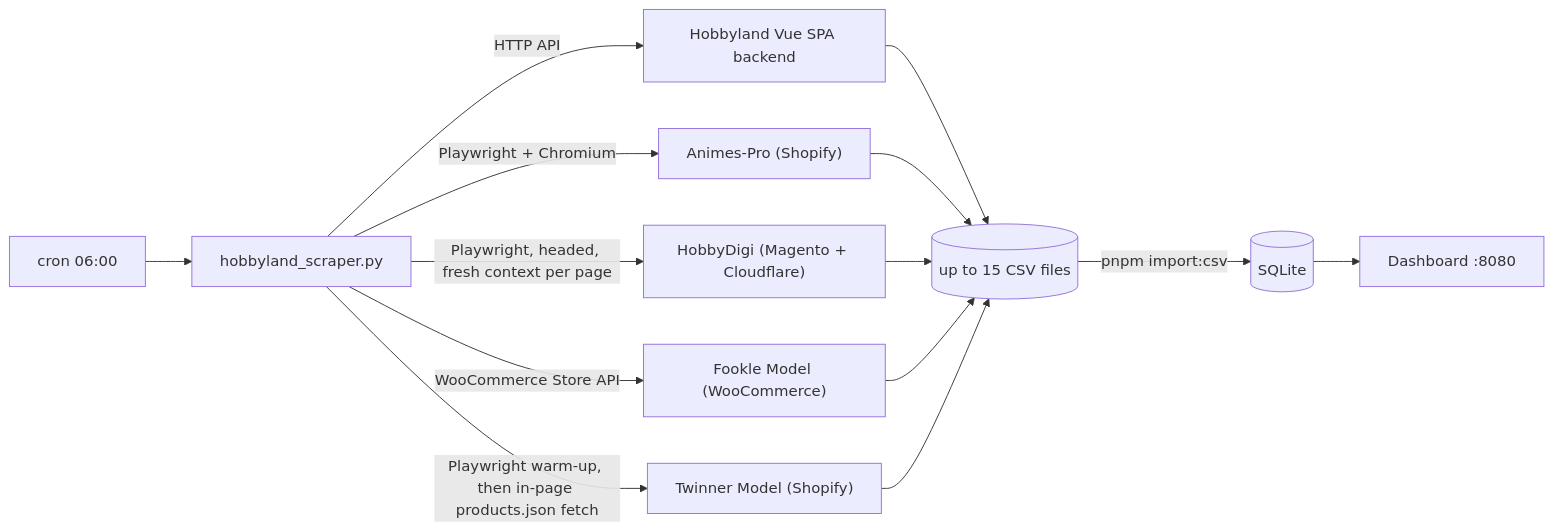
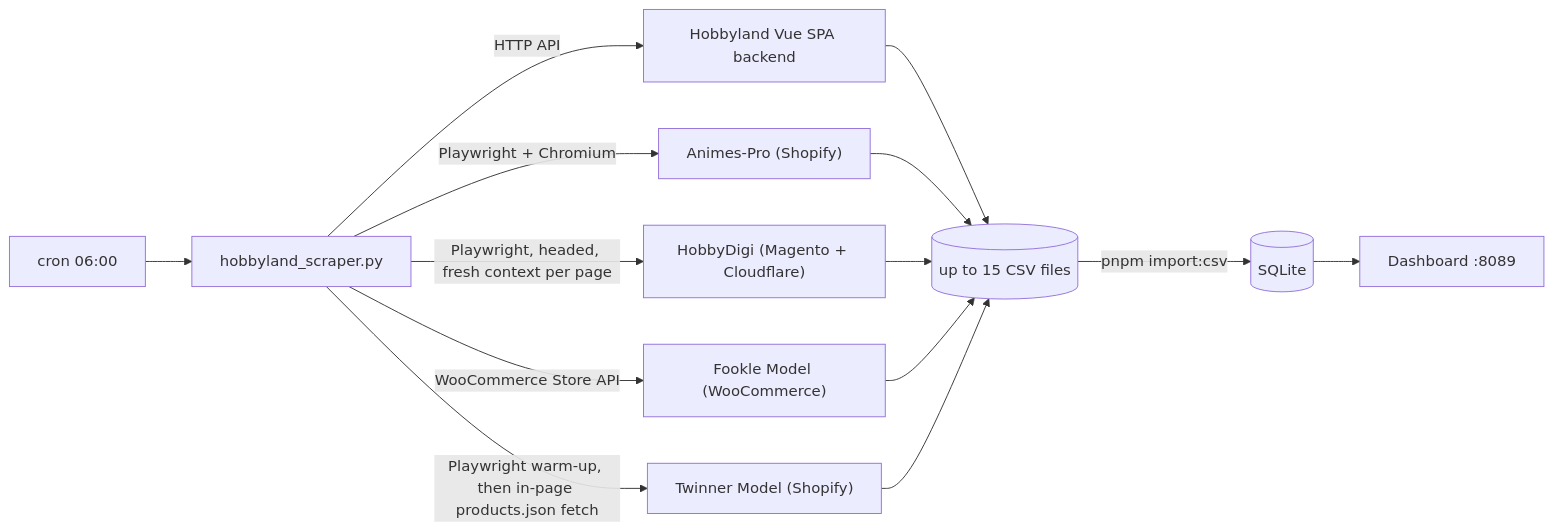
The third of 3 diagrams in README.md (jakwong1981/hobbyland), drawn with Mermaid before and after one commit. The commit also changed other lines of this file and 16 other files, not shown here.

````diff
--- a/README.md
+++ b/README.md
@@ -324,16 +325,16 @@
 ```mermaid
 flowchart LR
     CRON["cron 06:00"] --> SC["hobbyland_scraper.py"]
     SC -->|"HTTP API"| HL["Hobbyland Vue SPA backend"]
     SC -->|"Playwright + Chromium"| AP["Animes-Pro (Shopify)"]
     SC -->|"Playwright, headed, fresh context per page"| HD["HobbyDigi (Magento + Cloudflare)"]
     SC -->|"WooCommerce Store API"| FM["Fookle Model (WooCommerce)"]
     SC -->|"Playwright warm-up, then in-page products.json fetch"| TM["Twinner Model (Shopify)"]
     HL --> CSV[("up to 15 CSV files")]
     AP --> CSV
     HD --> CSV
     FM --> CSV
     TM --> CSV
     CSV -->|"pnpm import:csv"| DB[("SQLite")]
-    DB --> UI["Dashboard :8080"]
+    DB --> UI["Dashboard :8089"]
 ```
````
